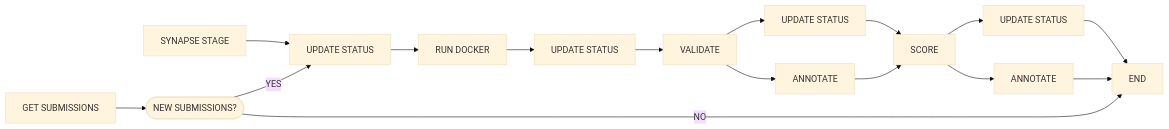
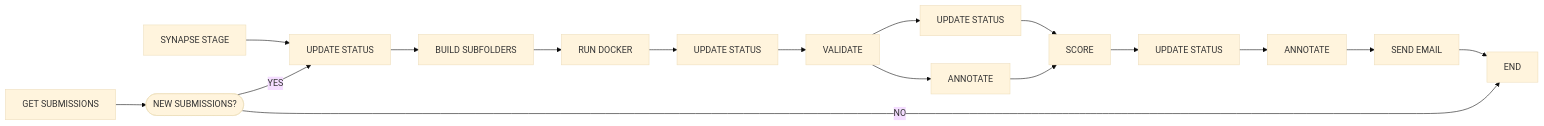
Before and after one commit to vpchung/nf-synapse-challenge: the first of 2 diagrams in README.md, drawn with Mermaid (base theme). The commit also changed other lines of this file and 3 other files, not shown here.

````diff
--- a/README.md
+++ b/README.md
@@ -54,18 +54,19 @@
 ```mermaid
-  flowchart LR;
+flowchart LR;
     A[SYNAPSE STAGE]-->D[UPDATE STATUS];
     B[GET SUBMISSIONS]-->C([NEW SUBMISSIONS?]);
     C-->|YES|D;
     C-->|NO|END;
-    D-->E[RUN DOCKER];
-    E-->F[UPDATE STATUS];
-    F-->G[VALIDATE];
-    G-->H[UPDATE STATUS];
-    G-->I[ANNOTATE];
-    H-->J[SCORE];
-    I-->J;
-    J-->K[UPDATE STATUS];
-    J-->L[ANNOTATE];
-    K-->END;
-    L-->END;
+    D-->E[BUILD SUBFOLDERS];
+    E-->F[RUN DOCKER];
+		F-->G[UPDATE STATUS];
+    G-->H[VALIDATE];
+    H-->I[UPDATE STATUS];
+    H-->J[ANNOTATE];
+    I-->K[SCORE];
+    J-->K;
+		K-->L[UPDATE STATUS];
+    L-->M[ANNOTATE];
+		M-->N[SEND EMAIL];
+    N-->END;
 ```
````
